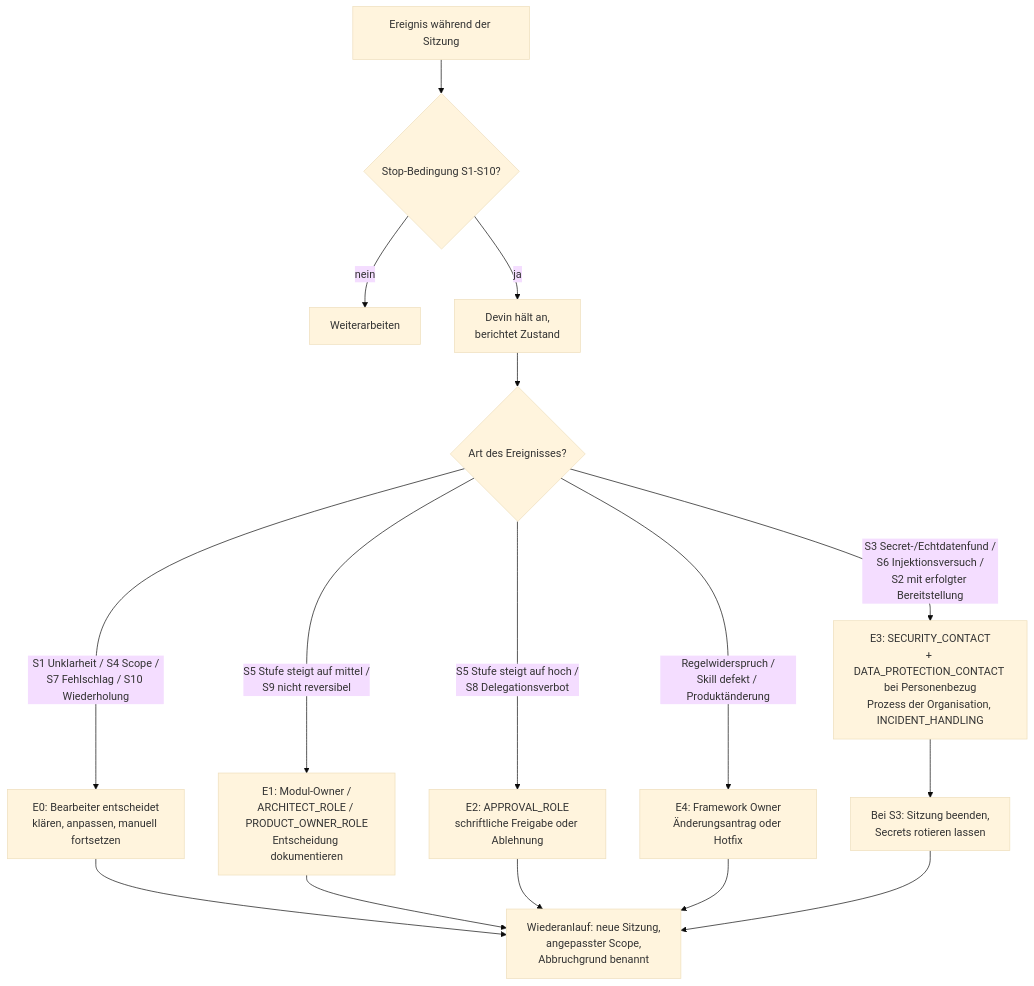
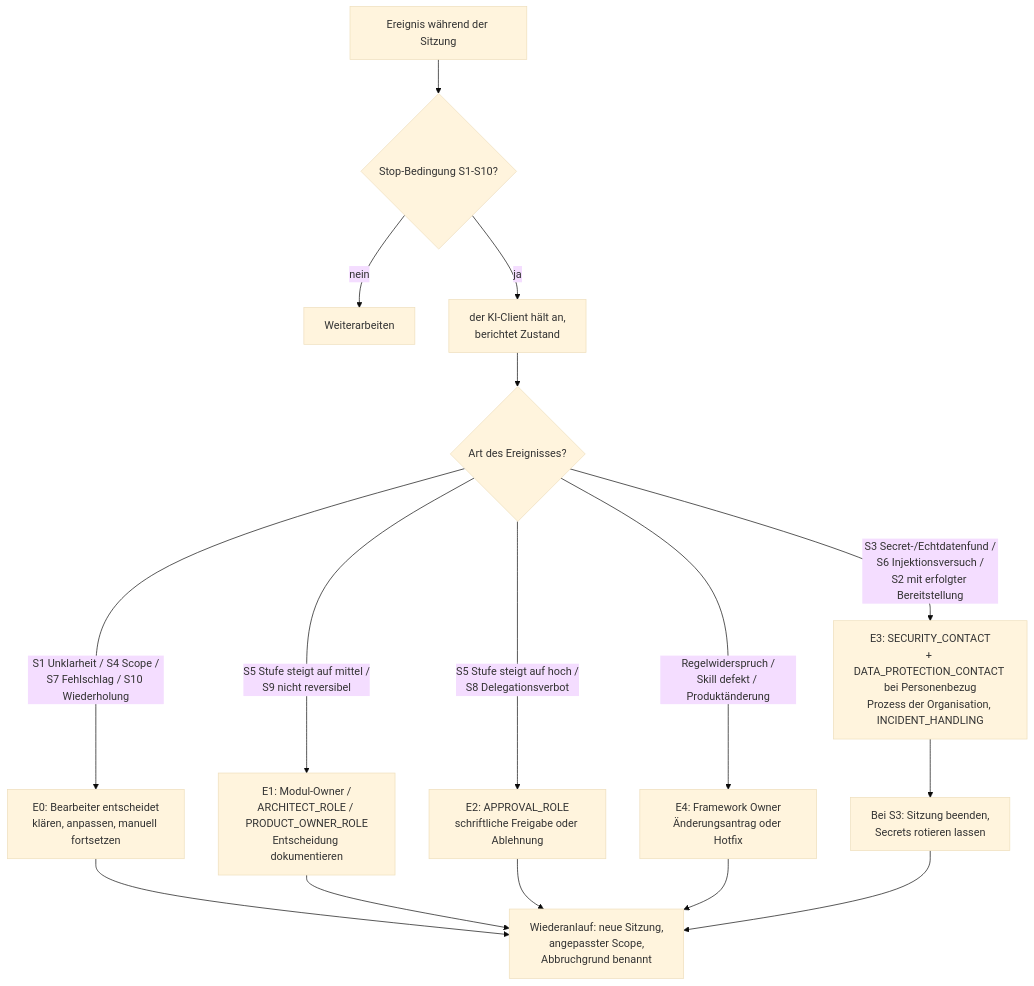
Before and after one commit to Renoxar/koolie: the diagram in leitwerk-core/decision-trees/05-stop-or-escalate.md, drawn with Mermaid (base theme). The commit also changed other lines of this file and 97 other files, not shown here.

````diff
--- a/leitwerk-core/decision-trees/05-stop-or-escalate.md
+++ b/leitwerk-core/decision-trees/05-stop-or-escalate.md
@@ -25,18 +25,18 @@
 ```mermaid
 flowchart TD
     A["Ereignis während der Sitzung"] --> B{"Stop-Bedingung S1-S10?"}
     B -- "nein" --> W["Weiterarbeiten"]
-    B -- "ja" --> C["Devin hält an,<br/>berichtet Zustand"]
+    B -- "ja" --> C["der KI-Client hält an,<br/>berichtet Zustand"]
     C --> D{"Art des Ereignisses?"}
     D -- "S1 Unklarheit / S4 Scope /<br/>S7 Fehlschlag / S10 Wiederholung" --> E0["E0: Bearbeiter entscheidet<br/>klären, anpassen, manuell fortsetzen"]
     D -- "S5 Stufe steigt auf mittel /<br/>S9 nicht reversibel" --> E1["E1: Modul-Owner /<br/>ARCHITECT_ROLE / PRODUCT_OWNER_ROLE<br/>Entscheidung dokumentieren"]
     D -- "S5 Stufe steigt auf hoch /<br/>S8 Delegationsverbot" --> E2["E2: APPROVAL_ROLE<br/>schriftliche Freigabe oder Ablehnung"]
     D -- "S3 Secret-/Echtdatenfund /<br/>S6 Injektionsversuch /<br/>S2 mit erfolgter Bereitstellung" --> E3["E3: SECURITY_CONTACT<br/>+ DATA_PROTECTION_CONTACT bei Personenbezug<br/>Prozess der Organisation, INCIDENT_HANDLING"]
     D -- "Regelwiderspruch /<br/>Skill defekt / Produktänderung" --> E4["E4: Framework Owner<br/>Änderungsantrag oder Hotfix"]
     E3 --> S["Bei S3: Sitzung beenden,<br/>Secrets rotieren lassen"]
     E0 --> R["Wiederanlauf: neue Sitzung,<br/>angepasster Scope,<br/>Abbruchgrund benannt"]
     E1 --> R
     E2 --> R
     E4 --> R
     S --> R
 ```
````
